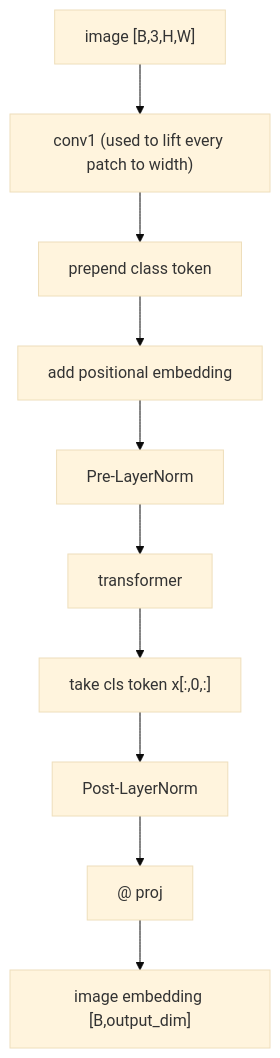
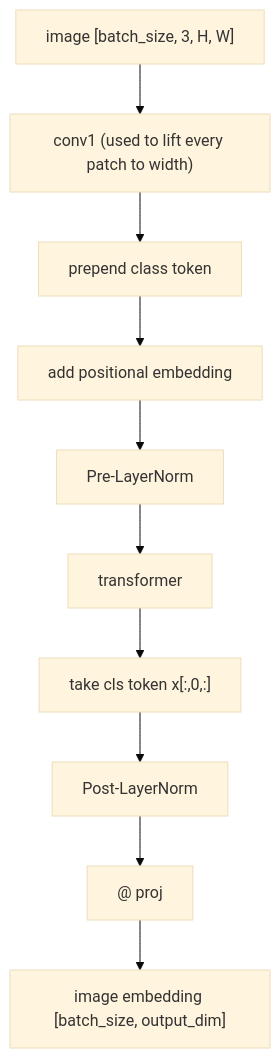
The third of 5 diagrams in docs/practicals/pp3-clip.md (bougachaY/Advanced-AI), drawn with Mermaid (base theme) before and after one commit. The commit also changed other lines of this file and 1 other file, not shown here.

````diff
--- a/docs/practicals/pp3-clip.md
+++ b/docs/practicals/pp3-clip.md
@@ -122,12 +122,12 @@
 ```mermaid
 flowchart TD
-    IMG["image [B,3,H,W]"] --> CONV["conv1 (used to lift every patch to width)"]
+    IMG["image [batch_size, 3, H, W]"] --> CONV["conv1 (used to lift every patch to width)"]
     CONV --> CAT["prepend class token"]
     CAT --> POS["add positional embedding"]
     POS --> LNPRE["Pre-LayerNorm"]
     LNPRE -->  TR["transformer"]
     TR -->  CLS["take cls token x[:,0,:]"]
     CLS --> LNPOST["Post-LayerNorm"]
     LNPOST --> PROJ["@ proj"]
-    PROJ --> OUT["image embedding [B,output_dim]"]
+    PROJ --> OUT["image embedding [batch_size, output_dim]"]
 ```
````
